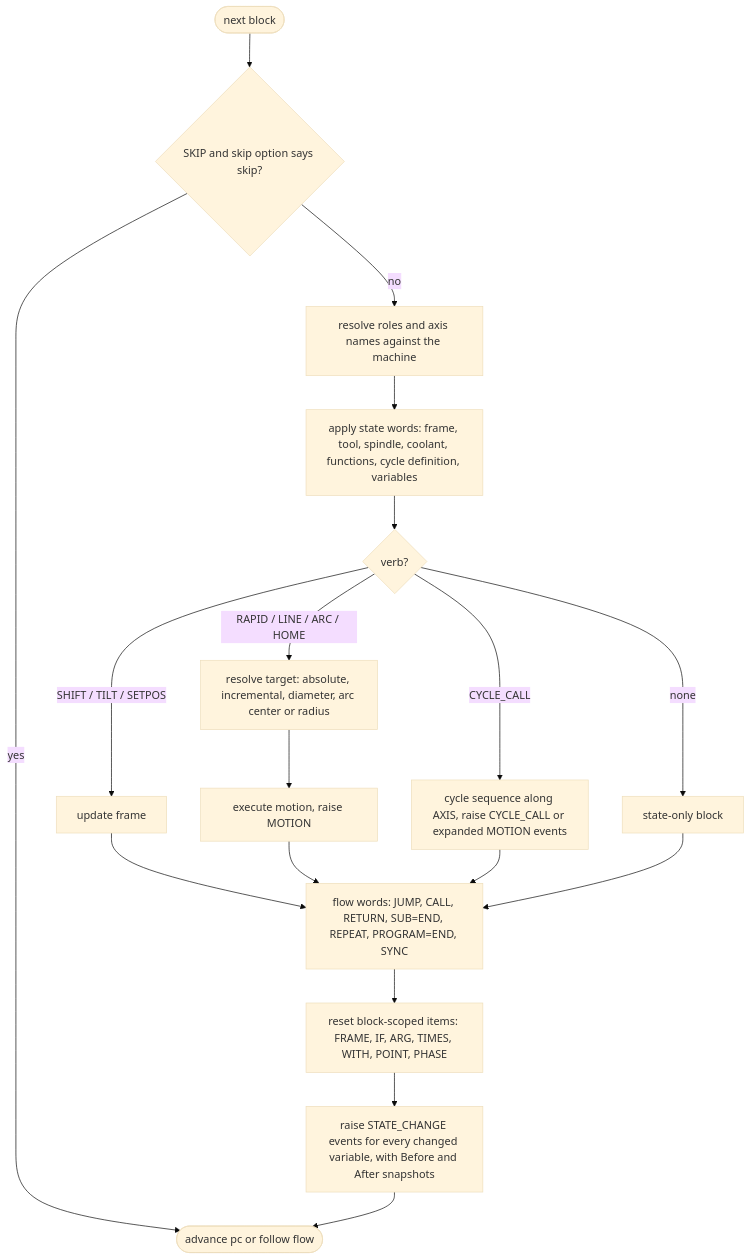
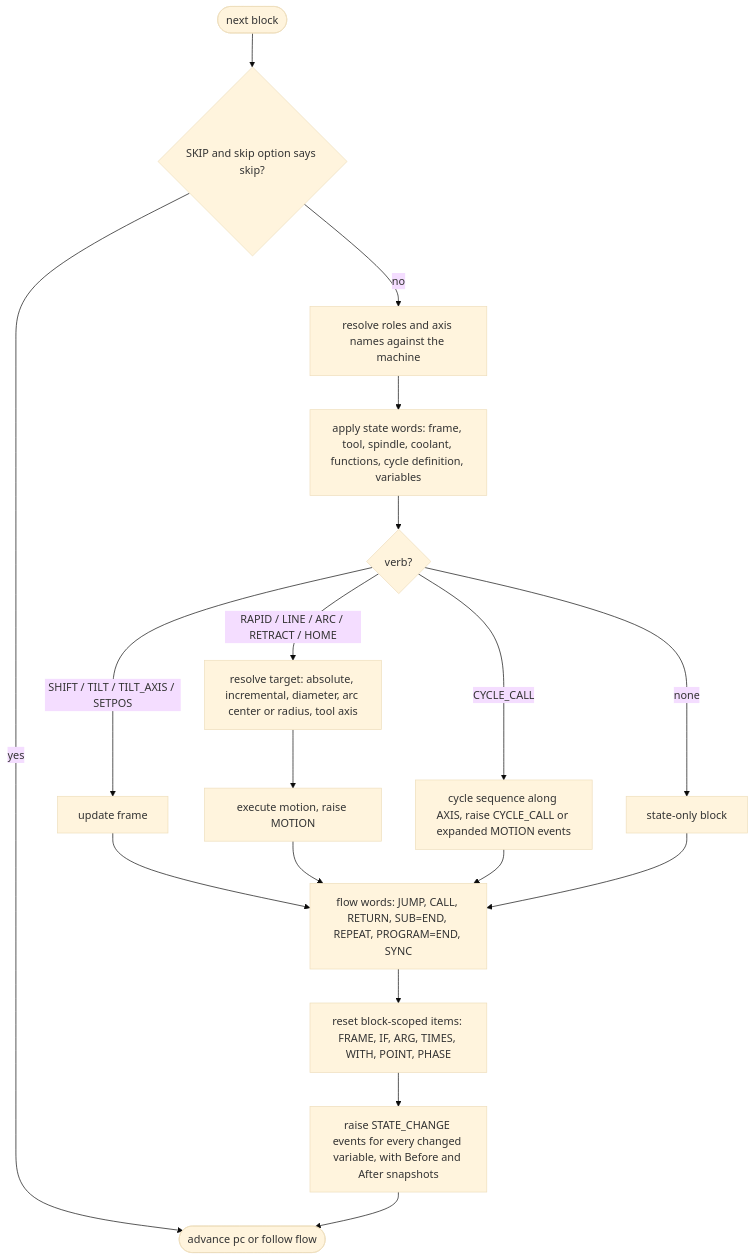
Before and after one commit to NC-PB/NCXchange_: the sixth of 16 diagrams in docs/architecture/architecture.md, drawn with Mermaid (base theme). The commit also changed 43 other files, not shown here.

````diff
--- a/docs/architecture/architecture.md
+++ b/docs/architecture/architecture.md
@@ -435,20 +435,20 @@
 ```mermaid
 flowchart TD
     S([next block]) --> A{SKIP and skip option says skip?}
     A -- yes --> Z
     A -- no --> B[resolve roles and axis names against the machine]
     B --> C[apply state words: frame, tool, spindle, coolant, functions, cycle definition, variables]
     C --> D{verb?}
-    D -- SHIFT / TILT / SETPOS --> E[update frame]
-    D -- RAPID / LINE / ARC / HOME --> F[resolve target: absolute, incremental, diameter, arc center or radius]
+    D -- SHIFT / TILT / TILT_AXIS / SETPOS --> E[update frame]
+    D -- RAPID / LINE / ARC / RETRACT / HOME --> F[resolve target: absolute, incremental, diameter, arc center or radius, tool axis]
     F --> G[execute motion, raise MOTION]
     D -- CYCLE_CALL --> H[cycle sequence along AXIS, raise CYCLE_CALL or expanded MOTION events]
     D -- none --> I[state-only block]
     E --> J
     G --> J
     H --> J
     I --> J
     J[flow words: JUMP, CALL, RETURN, SUB=END, REPEAT, PROGRAM=END, SYNC] --> K[reset block-scoped items: FRAME, IF, ARG, TIMES, WITH, POINT, PHASE]
     K --> L[raise STATE_CHANGE events for every changed variable, with Before and After snapshots]
     L --> Z([advance pc or follow flow])
 ```
````
